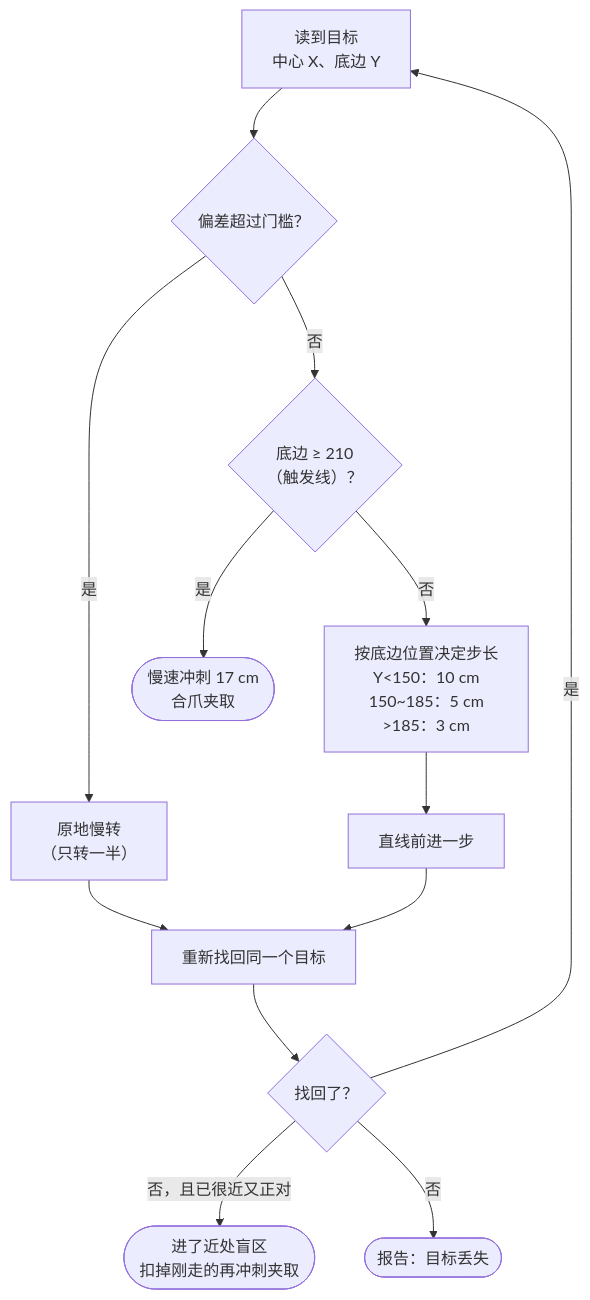
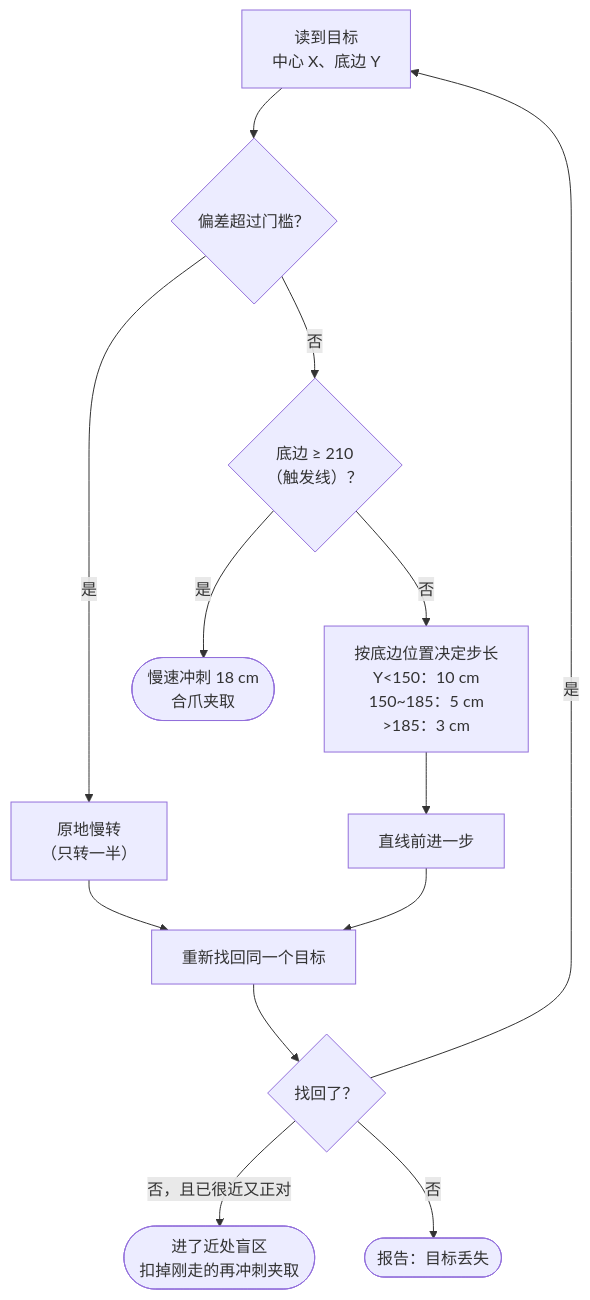
One commit to crawfordxx/miniauto-fetch-car changed the sixth of 12 diagrams in README.md. Above: the diagram before and after it, drawn with Mermaid. The commit also changed other lines of this file and 2 other files, not shown here.

````diff
--- a/README.md
+++ b/README.md
@@ -255,15 +255,15 @@
 ```mermaid
 flowchart TD
     A["读到目标<br/>中心 X、底边 Y"] --> B{"偏差超过门槛？"}
     B -- 是 --> C["原地慢转<br/>（只转一半）"]
     B -- 否 --> D{"底边 ≥ 210<br/>（触发线）？"}
-    D -- 是 --> G(["慢速冲刺 17 cm<br/>合爪夹取"])
+    D -- 是 --> G(["慢速冲刺 18 cm<br/>合爪夹取"])
     D -- 否 --> E["按底边位置决定步长<br/>Y<150：10 cm<br/>150~185：5 cm<br/>&gt;185：3 cm"]
     E --> F["直线前进一步"]
     C --> R["重新找回同一个目标"]
     F --> R
     R --> S{"找回了？"}
     S -- 是 --> A
     S -- "否，且已很近又正对" --> H(["进了近处盲区<br/>扣掉刚走的再冲刺夹取"])
     S -- 否 --> X(["报告：目标丢失"])
 ```
````
